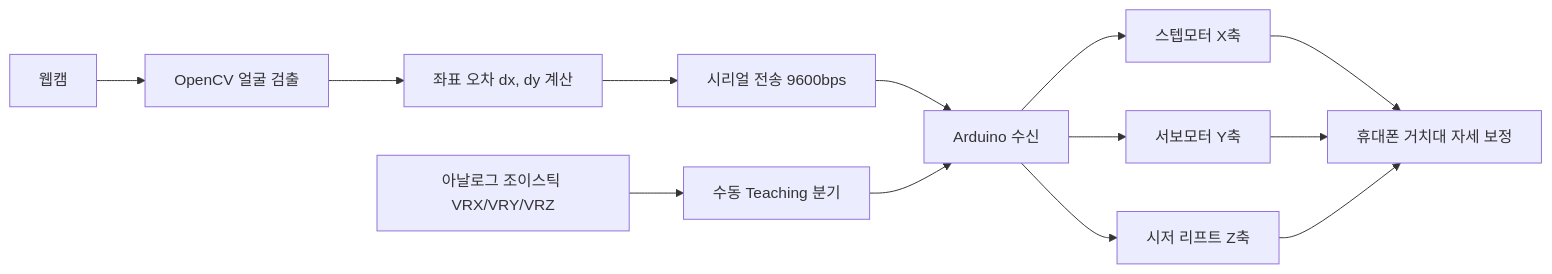
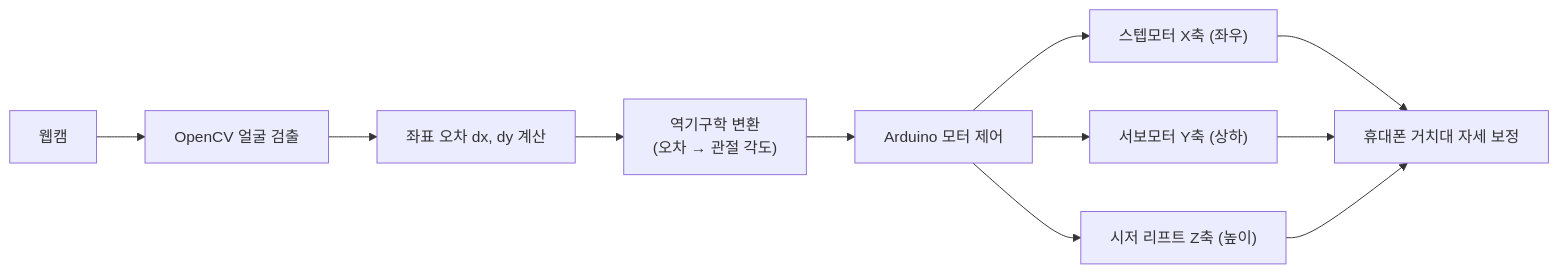
Before and after one commit to jaeni01/face-tracking-phone-holder: the diagram in README.md, drawn with Mermaid. The commit also changed other lines of this file, not shown here.

````diff
--- a/README.md
+++ b/README.md
@@ -45,15 +40,13 @@
 ```mermaid
 flowchart LR
   CAM["웹캠"] --> CV["OpenCV 얼굴 검출"]
   CV --> ERR["좌표 오차 dx, dy 계산"]
-  ERR --> SER["시리얼 전송 9600bps"]
-  SER --> MCU["Arduino 수신"]
-  JOY["아날로그 조이스틱 VRX/VRY/VRZ"] --> TEACH["수동 Teaching 분기"]
-  TEACH --> MCU
-  MCU --> SX["스텝모터 X축"]
-  MCU --> SY["서보모터 Y축"]
-  MCU --> SZ["시저 리프트 Z축"]
+  ERR --> IK["역기구학 변환<br/>(오차 → 관절 각도)"]
+  IK --> MCU["Arduino 모터 제어"]
+  MCU --> SX["스텝모터 X축 (좌우)"]
+  MCU --> SY["서보모터 Y축 (상하)"]
+  MCU --> SZ["시저 리프트 Z축 (높이)"]
   SX --> HOLD["휴대폰 거치대 자세 보정"]
   SY --> HOLD
   SZ --> HOLD
 ```
````
